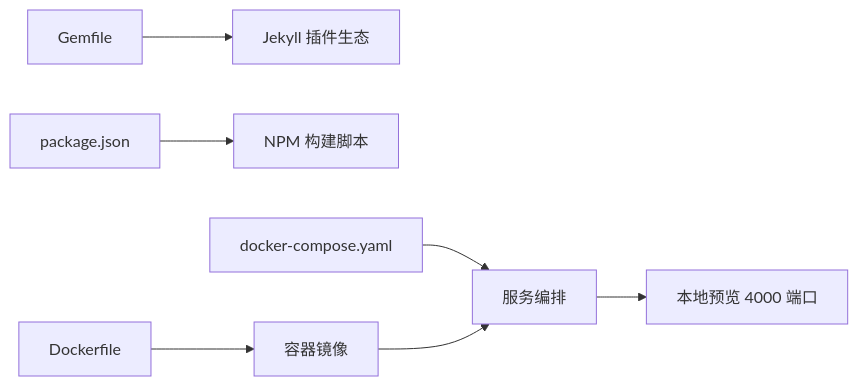
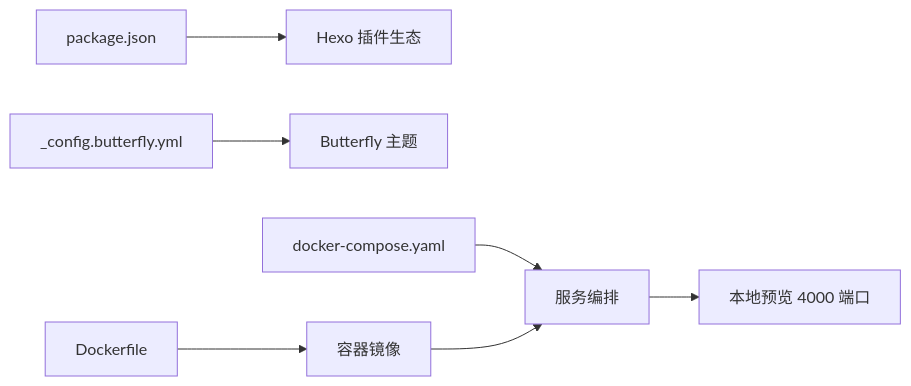
The third of 3 diagrams in .qoder/repowiki/zh/content/快速开始.md (CoolPig0720/CoolPig0720.github.io), drawn with Mermaid before and after one commit. The commit also changed other lines of this file and 36 other files, not shown here.

````diff
--- a/.qoder/repowiki/zh/content/快速开始.md
+++ b/.qoder/repowiki/zh/content/快速开始.md
@@ -243,9 +199,9 @@
 ```mermaid
 graph LR
-G["Gemfile"] --> J["Jekyll 插件生态"]
-P["package.json"] --> N["NPM 构建脚本"]
+P["package.json"] --> H["Hexo 插件生态"]
+B["_config.butterfly.yml"] --> T["Butterfly 主题"]
 D["Dockerfile"] --> C["容器镜像"]
 DC["docker-compose.yaml"] --> S["服务编排"]
 C --> S
 S --> L["本地预览 4000 端口"]
 ```
````
